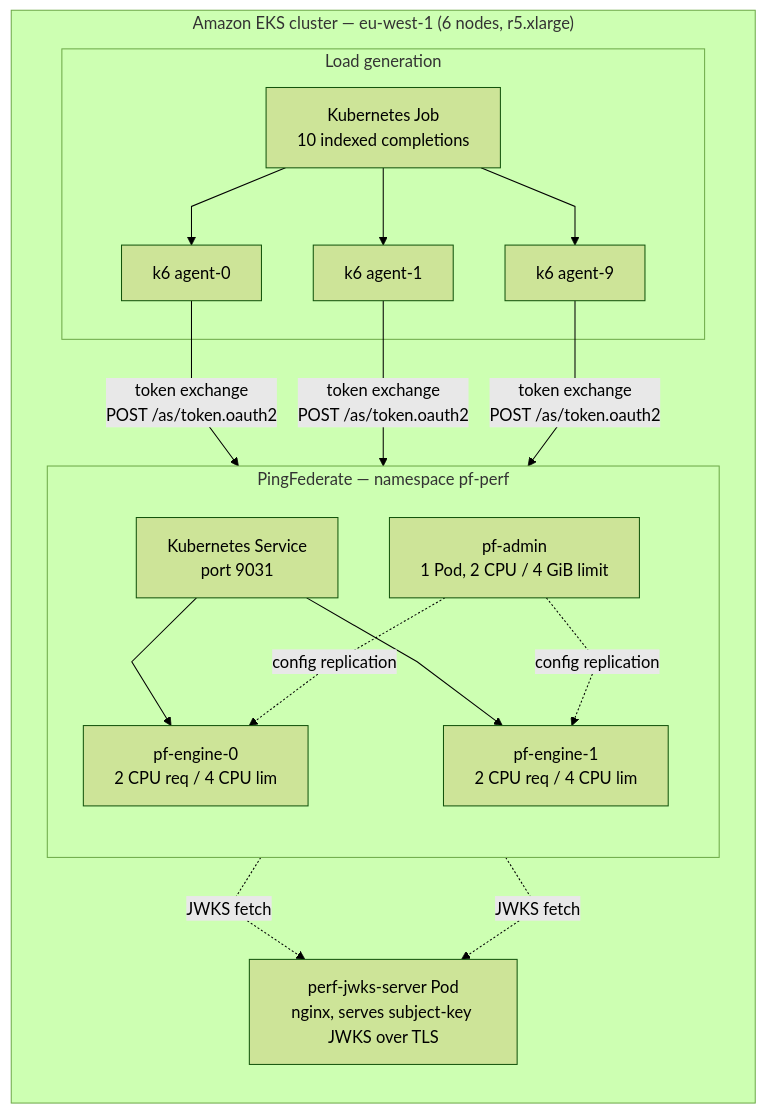
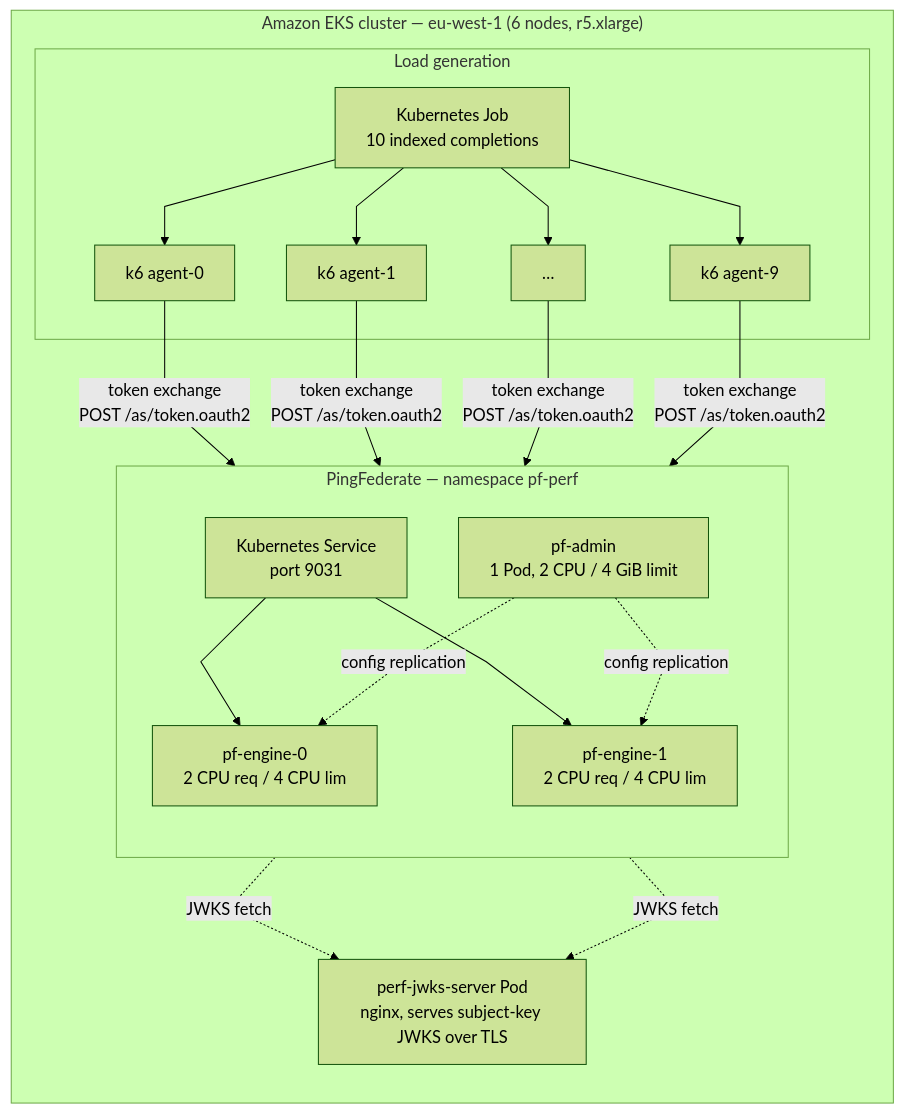
The diagram in _posts/2026-09-17-pingfederate-token-exchange-performance-test.md (carbonefederico/blog-content), drawn with Mermaid (forest theme) before and after one commit. The commit also changed other lines of this file, not shown here.

````diff
--- a/_posts/2026-09-17-pingfederate-token-exchange-performance-test.md
+++ b/_posts/2026-09-17-pingfederate-token-exchange-performance-test.md
@@ -36,32 +36,33 @@
 ```mermaid
 %%{init: {'flowchart': {'curve': 'linear'}}}%%
 flowchart TB
     subgraph CL["Amazon EKS cluster — eu-west-1 (6 nodes, r5.xlarge)"]
         direction TB
 
         subgraph LB["Load generation"]
             K1["k6 agent-0"]
             K2["k6 agent-1"]
+            KM["…"]
             K9["k6 agent-9"]
             JB["Kubernetes Job<br/>10 indexed completions"]
         end
 
         subgraph PF["PingFederate — namespace pf-perf"]
             direction TB
             ADM["pf-admin<br/>1 Pod, 2 CPU / 4 GiB limit"]
             ENG1["pf-engine-0<br/>2 CPU req / 4 CPU lim"]
             ENG2["pf-engine-1<br/>2 CPU req / 4 CPU lim"]
             SVC["Kubernetes Service<br/>port 9031"]
         end
 
         JWKS["perf-jwks-server Pod<br/>nginx, serves subject-key JWKS over TLS"]
     end
 
-    JB --> K1 & K2 & K9
-    K1 & K2 & K9 -->|"token exchange<br/>POST /as/token.oauth2"| SVC
+    JB --> K1 & K2 & KM & K9
+    K1 & K2 & KM & K9 -->|"token exchange<br/>POST /as/token.oauth2"| SVC
     SVC --> ENG1 & ENG2
     ENG1 -.->|"JWKS fetch"| JWKS
     ENG2 -.->|"JWKS fetch"| JWKS
     ADM -.->|"config replication"| ENG1
     ADM -.->|"config replication"| ENG2
 ```
````
